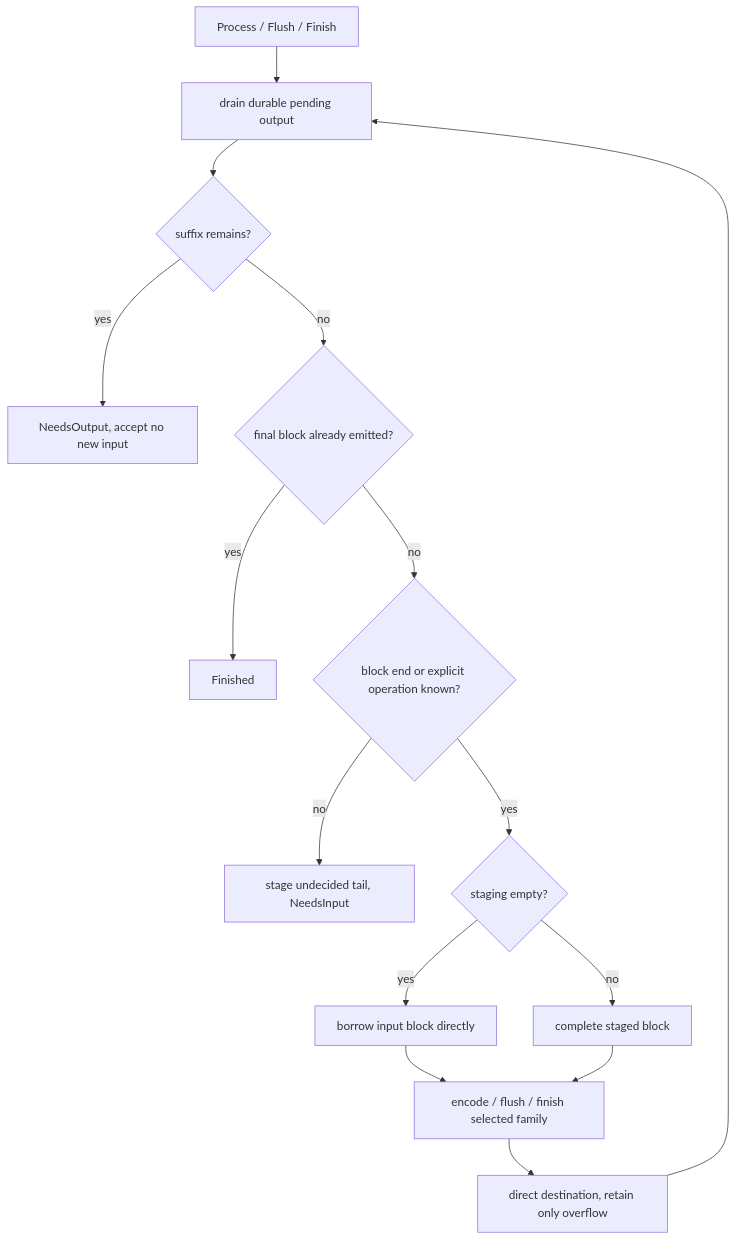
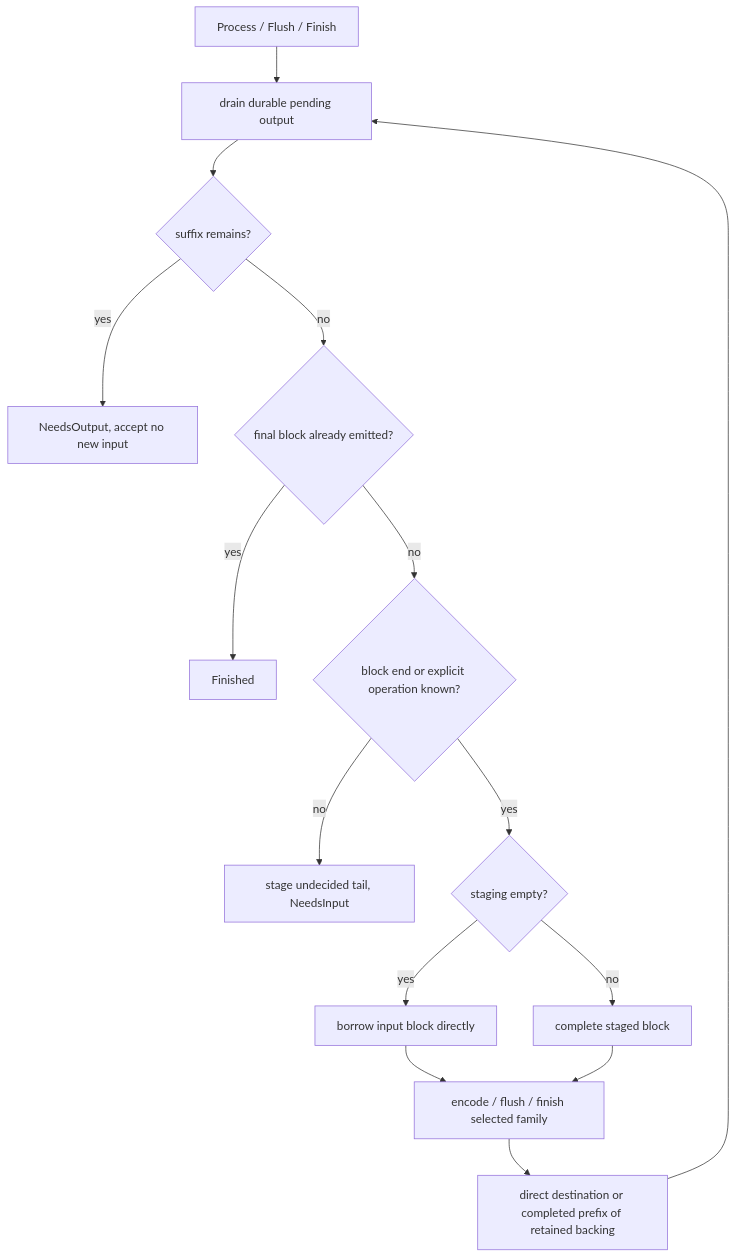
The fourth of 13 diagrams in architecture/encoder-workspace.md (M-Compressors/mbrotli), drawn with Mermaid before and after one commit. The commit also changed other lines of this file and 186 other files, not shown here.

````diff
--- a/architecture/encoder-workspace.md
+++ b/architecture/encoder-workspace.md
@@ -90,17 +90,17 @@
 ```mermaid
 flowchart TD
     Call[Process / Flush / Finish] --> Drain[drain durable pending output]
     Drain --> Pending{suffix remains?}
     Pending -->|yes| NeedOut[NeedsOutput, accept no new input]
     Pending -->|no| Finished{final block already emitted?}
     Finished -->|yes| Done[Finished]
     Finished -->|no| Decide{block end or explicit operation known?}
     Decide -->|no| Stage[stage undecided tail, NeedsInput]
     Decide -->|yes| Source{staging empty?}
     Source -->|yes| Borrow[borrow input block directly]
     Source -->|no| Fill[complete staged block]
     Borrow --> Encode[encode / flush / finish selected family]
     Fill --> Encode
-    Encode --> Deliver[direct destination, retain only overflow]
+    Encode --> Deliver[direct destination or completed prefix of retained backing]
     Deliver --> Drain
 ```
````
